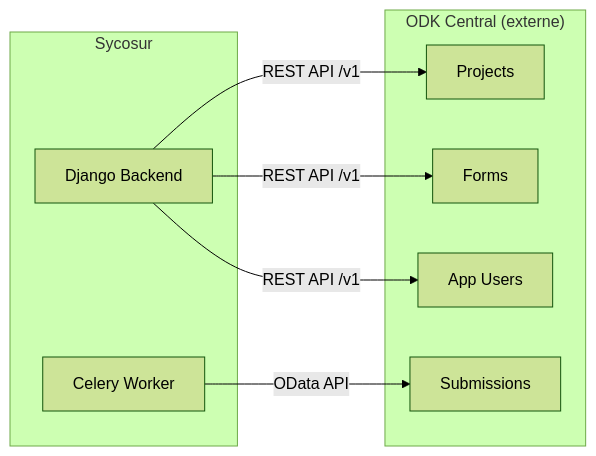
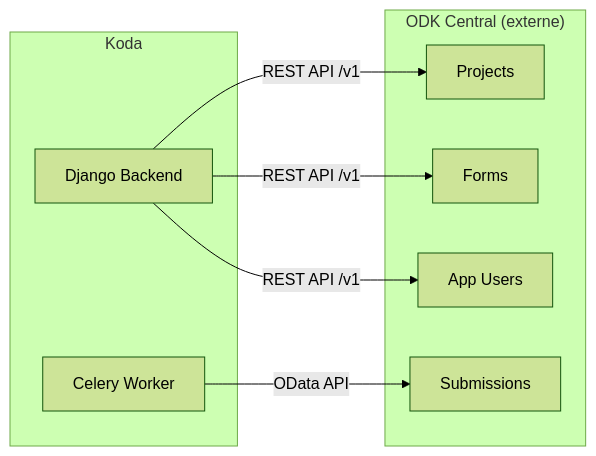
Before and after one commit to KODAAP/koda-infra: the diagram in docs/explanation/odk-integration.md, drawn with Mermaid (forest theme). The commit also changed other lines of this file and 19 other files, not shown here.

````diff
--- a/docs/explanation/odk-integration.md
+++ b/docs/explanation/odk-integration.md
@@ -16,19 +16,19 @@
 ```mermaid
 graph LR
-    subgraph Sycosur
+    subgraph Koda
         A[Django Backend]
         B[Celery Worker]
     end
 
     subgraph ODK["ODK Central (externe)"]
         P[Projects]
         F[Forms]
         S[Submissions]
         AU[App Users]
     end
 
     A -->|"REST API /v1"| P
     A -->|"REST API /v1"| F
     A -->|"REST API /v1"| AU
     B -->|"OData API"| S
 ```
````
